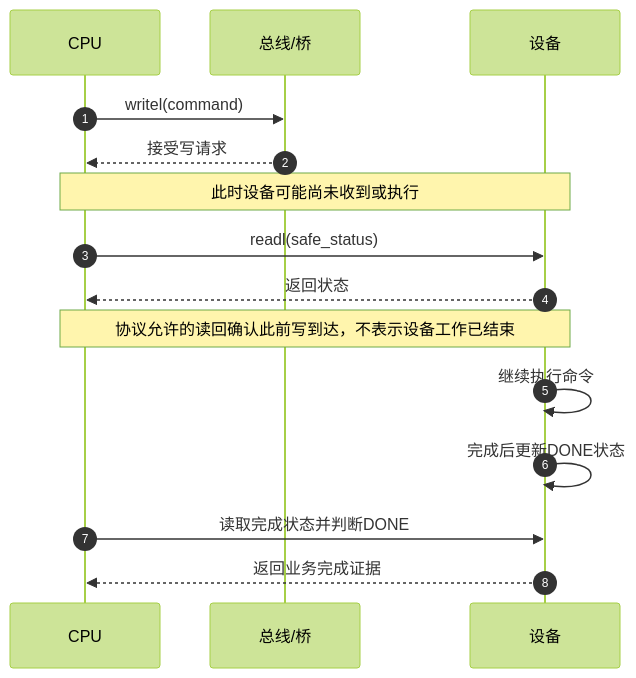
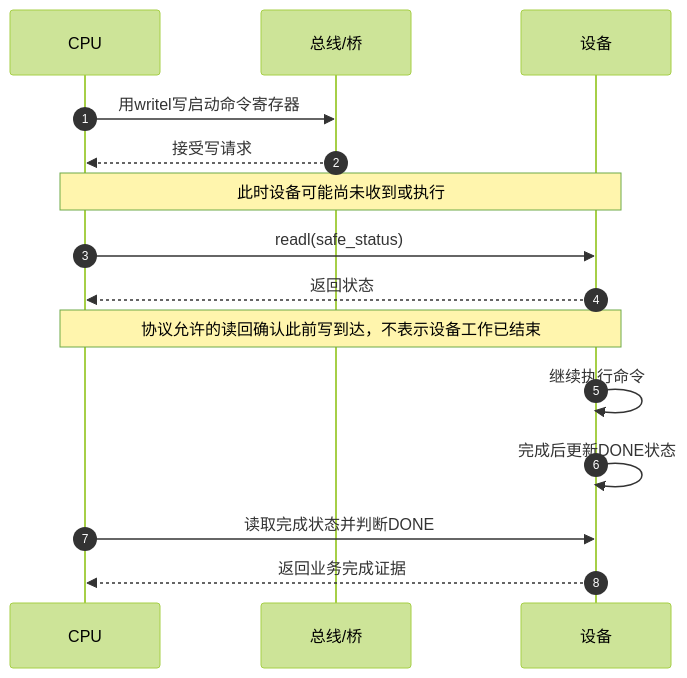
One commit to FormingSystem/linux_note changed the second of 2 diagrams in knowledge/linux/io_model/mmio/P01_MMIO_访问顺序与屏障.md. Above: the diagram before and after it, drawn with Mermaid (forest theme). The commit also changed other lines of this file and 3 other files, not shown here.

````diff
--- a/knowledge/linux/io_model/mmio/P01_MMIO_访问顺序与屏障.md
+++ b/knowledge/linux/io_model/mmio/P01_MMIO_访问顺序与屏障.md
@@ -70,17 +74,17 @@
 ```mermaid
 sequenceDiagram
     autonumber
     participant CPU
     participant Bus as 总线/桥
     participant DEV as 设备
-    CPU->>Bus: writel(command)
+    CPU->>Bus: 用writel写启动命令寄存器
     Bus-->>CPU: 接受写请求
     Note over CPU,DEV: 此时设备可能尚未收到或执行
     CPU->>DEV: readl(safe_status)
     DEV-->>CPU: 返回状态
     Note over CPU,DEV: 协议允许的读回确认此前写到达，不表示设备工作已结束
     DEV->>DEV: 继续执行命令
     DEV->>DEV: 完成后更新DONE状态
     CPU->>DEV: 读取完成状态并判断DONE
     DEV-->>CPU: 返回业务完成证据
 ```
````
